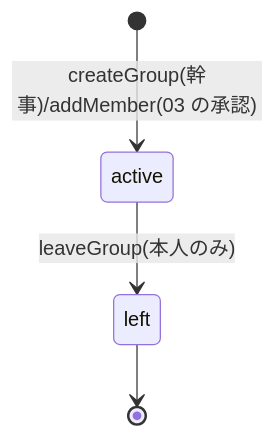
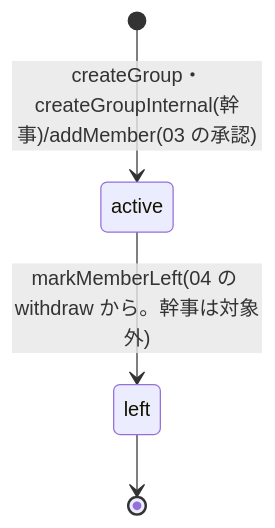
The second of 3 diagrams in docs/feature/01-group-core.md (masahirosako1005/MC-006), drawn with Mermaid before and after one commit. The commit also changed other lines of this file and 34 other files, not shown here.

````diff
--- a/docs/feature/01-group-core.md
+++ b/docs/feature/01-group-core.md
@@ -395,6 +392,6 @@
 ```mermaid
 stateDiagram-v2
-  [*] --> active: createGroup(幹事)/addMember(03 の承認)
-  active --> left: leaveGroup(本人のみ)
+  [*] --> active: createGroup・createGroupInternal(幹事)/addMember(03 の承認)
+  active --> left: markMemberLeft(04 の withdraw から。幹事は対象外)
   left --> [*]
 ```
````
